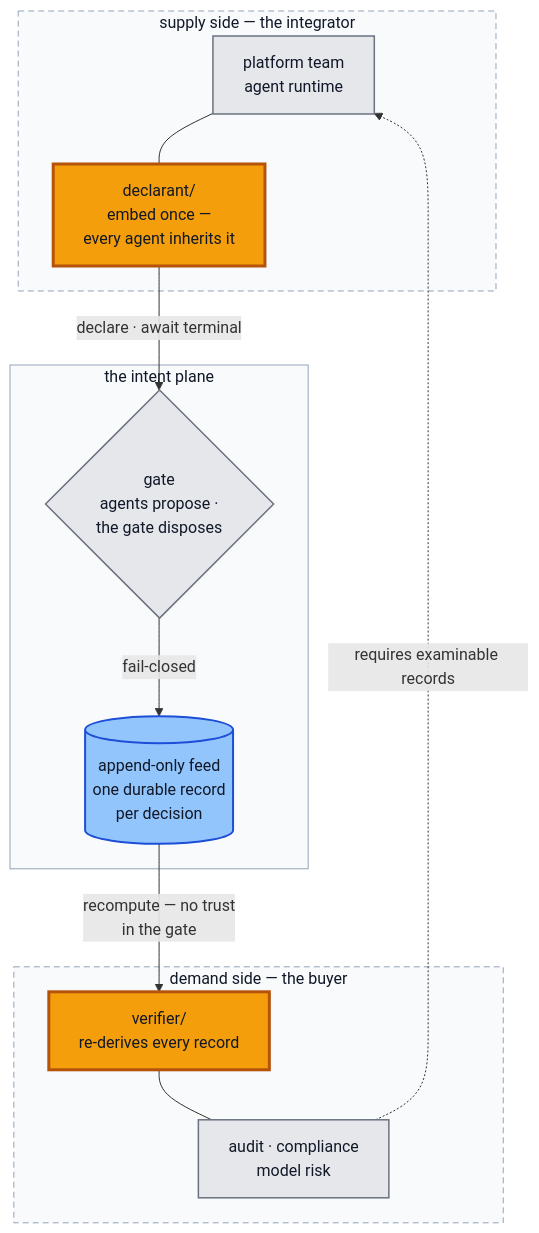
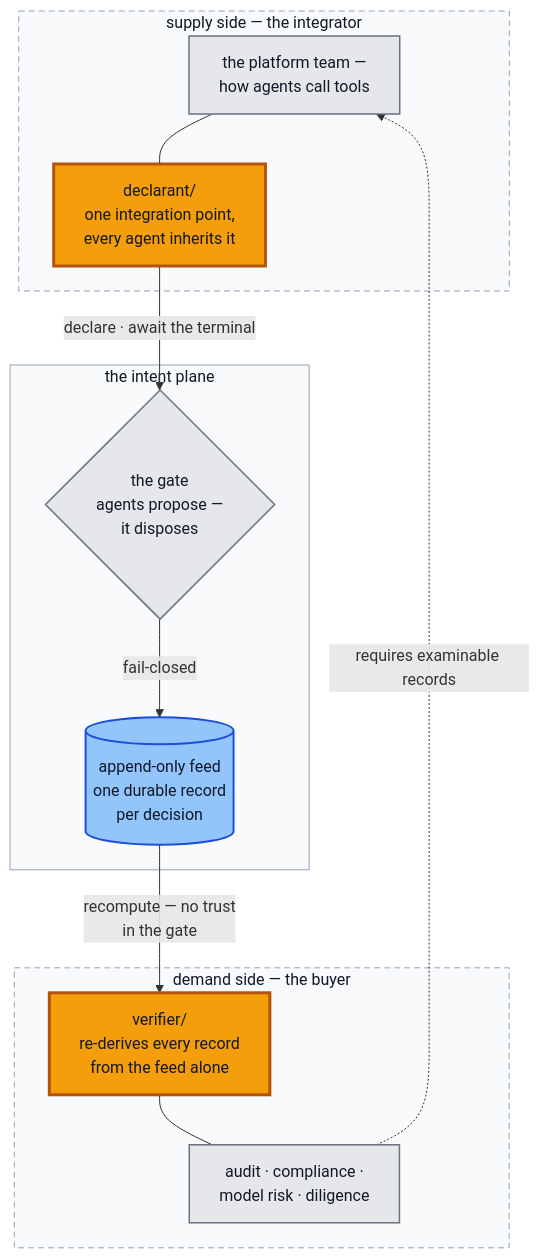
The first of 3 diagrams in README.md (hossainpazooki/intent-plane), drawn with Mermaid before and after one commit.

Commit message:
docs: README diagram text

````diff
--- a/README.md
+++ b/README.md
@@ -26,31 +26,31 @@
 ```mermaid
 flowchart TD
     subgraph SUPPLY["supply side — the integrator"]
-        S["platform team<br/>agent runtime"]
-        DECL["declarant/<br/>embed once —<br/>every agent inherits it"]
+        S["the platform team —<br/>how agents call tools"]
+        DECL["declarant/<br/>one integration point,<br/>every agent inherits it"]
         S --- DECL
     end
     subgraph PLANE["the intent plane"]
-        G{"gate<br/>agents propose ·<br/>the gate disposes"}
+        G{"the gate<br/>agents propose —<br/>it disposes"}
         FEED[("append-only feed<br/>one durable record<br/>per decision")]
         G -->|fail-closed| FEED
     end
     subgraph DEMAND["demand side — the buyer"]
-        V["verifier/<br/>re-derives every record"]
-        D["audit · compliance<br/>model risk"]
+        V["verifier/<br/>re-derives every record<br/>from the feed alone"]
+        D["audit · compliance ·<br/>model risk · diligence"]
         V --- D
     end
-    DECL -->|"declare · await terminal"| G
+    DECL -->|"declare · await the terminal"| G
     FEED -->|"recompute — no trust<br/>in the gate"| V
     D -.->|"requires examinable records"| S
 
     classDef neutral fill:#e5e7eb,stroke:#6b7280,stroke-width:1.5px,color:#111827;
     classDef pkg fill:#f59e0b,stroke:#b45309,stroke-width:3px,color:#111827;
     classDef durable fill:#93c5fd,stroke:#1d4ed8,stroke-width:2px,color:#111827;
     class S,D,G neutral;
     class DECL,V pkg;
     class FEED durable;
     style SUPPLY fill:#f8fafc,stroke:#94a3b8,stroke-dasharray:6 4,color:#111827;
     style DEMAND fill:#f8fafc,stroke:#94a3b8,stroke-dasharray:6 4,color:#111827;
     style PLANE fill:#f8fafc,stroke:#94a3b8,color:#111827;
 ```
````
